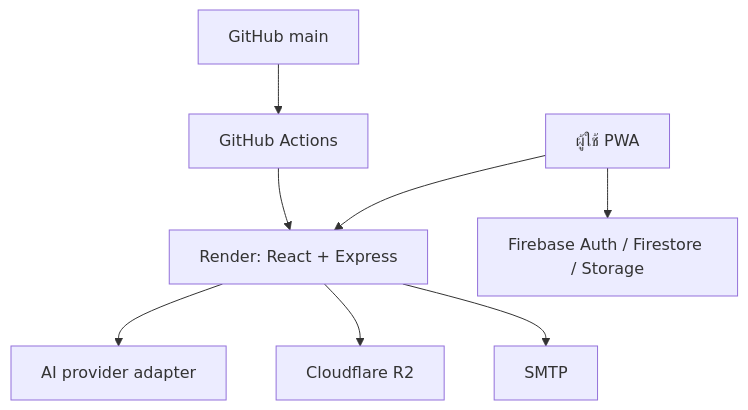
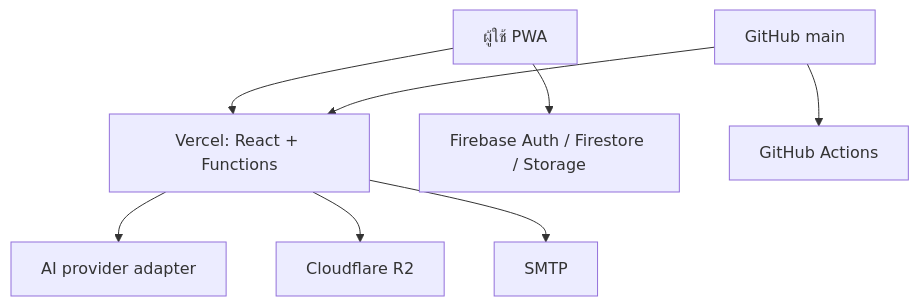
The diagram in docs/ARCHITECTURE.md (aodxx/Nipponfarm), drawn with Mermaid before and after one commit. The commit also changed other lines of this file and 6 other files, not shown here.

````diff
--- a/docs/ARCHITECTURE.md
+++ b/docs/ARCHITECTURE.md
@@ -21,10 +22,10 @@
 ```mermaid
 flowchart TD
-  U["ผู้ใช้ PWA"] --> R["Render: React + Express"]
+  U["ผู้ใช้ PWA"] --> R["Vercel: React + Functions"]
   U --> F["Firebase Auth / Firestore / Storage"]
   R --> A["AI provider adapter"]
   R --> V["Cloudflare R2"]
   R --> M["SMTP"]
   G["GitHub main"] --> C["GitHub Actions"]
-  C --> R
+  G --> R
 ```
````
